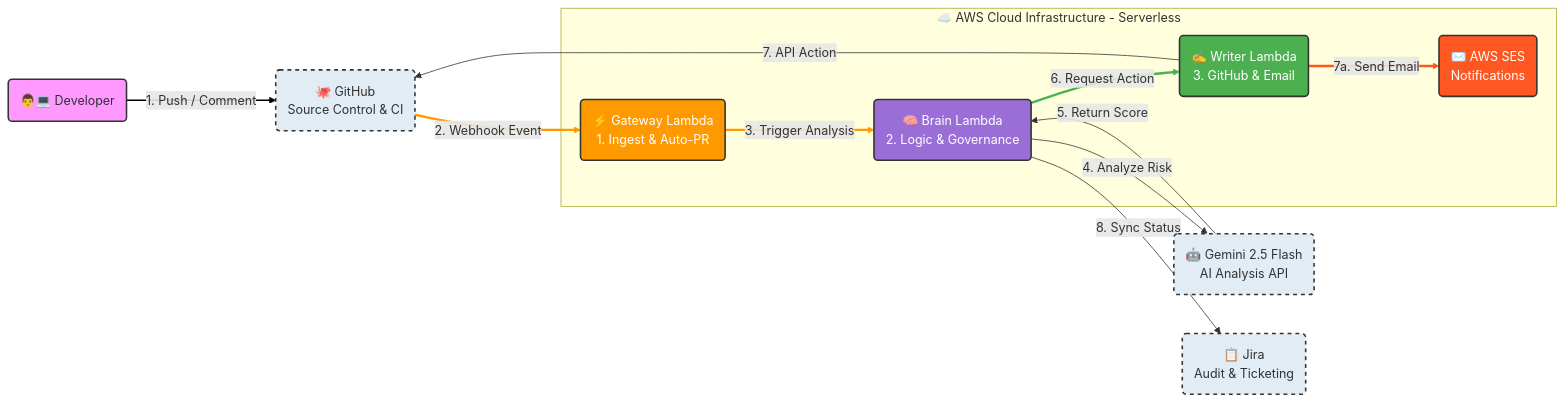
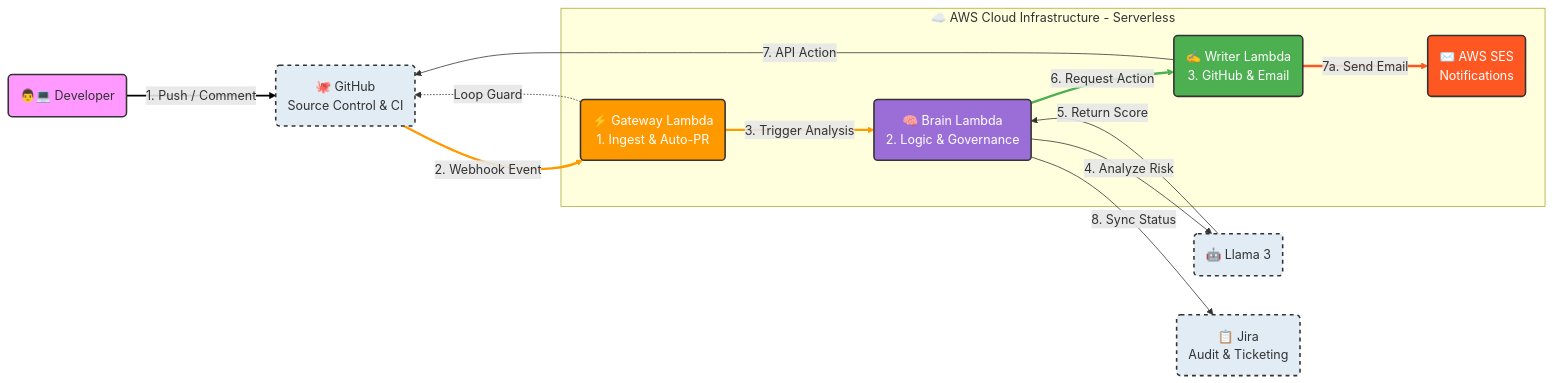
Before and after one commit to lmudu2/PR-agent: the first of 6 diagrams in docs/architecture.md, drawn with Mermaid. The commit also changed other lines of this file and 5 other files, not shown here.

````diff
--- a/docs/architecture.md
+++ b/docs/architecture.md
@@ -8,49 +8,52 @@
 ```mermaid
 graph LR
     %% Defines styles for different types of components
     classDef actor fill:#f9f,stroke:#333,stroke-width:2px;
     classDef external fill:#e1ecf4,stroke:#333,stroke-width:2px,stroke-dasharray: 5 5;
     classDef aws fill:#ff9900,stroke:#333,stroke-width:2px,color:white;
     classDef brain fill:#9a6dd7,stroke:#333,stroke-width:2px,color:white;
     classDef writer fill:#4caf50,stroke:#333,stroke-width:2px,color:white;
     classDef email fill:#ff5722,stroke:#333,stroke-width:2px,color:white;
 
     %% Actors and External Systems
     Dev(👨💻 Developer):::actor
     GH(🐙 GitHub<br/>Source Control & CI):::external
-    AI(🤖 Gemini 2.5 Flash<br/>AI Analysis API):::external
+    AI(🤖 Llama 3):::external
     Jira(📋 Jira<br/>Audit & Ticketing):::external
 
     %% Main Cloud Infrastructure Block
     subgraph "☁️ AWS Cloud Infrastructure - Serverless"
         GW(⚡ Gateway Lambda<br/>1. Ingest & Auto-PR):::aws
         Brain(🧠 Brain Lambda<br/>2. Logic & Governance):::brain
         Writer(✍️ Writer Lambda<br/>3. GitHub & Email):::writer
         SES(✉️ AWS SES<br/>Notifications):::email
     end
 
     %% Major Data Flows
     %% Stage 1: Ingestion
     Dev -- "1. Push / Comment" --> GH
     GH -- "2. Webhook Event" --> GW
     
     %% Stage 2: Logic & AI
     GW -- "3. Trigger Analysis" --> Brain
     Brain -- "4. Analyze Risk" --> AI
     AI -- "5. Return Score" --> Brain
 
     %% Stage 3: Execution (The "Hands")
     Brain -- "6. Request Action" --> Writer
     Writer -- "7. API Action" --> GH
     Writer -- "7a. Send Email" --> SES
     
     %% Audit Trail
     Brain -- "8. Sync Status" --> Jira
+    
+    %% Loop Prevention
+    GW -. "Loop Guard" .-> GH
 
     %% Links for clearer layout
     linkStyle 0 stroke-width:2px,fill:none,stroke:black
     linkStyle 1 stroke-width:3px,fill:none,stroke:#ff9900
     linkStyle 2 stroke-width:3px,fill:none,stroke:#ff9900
     linkStyle 5 stroke-width:3px,fill:none,stroke:#4caf50
     linkStyle 7 stroke-width:3px,fill:none,stroke:#ff5722
 ```
````
